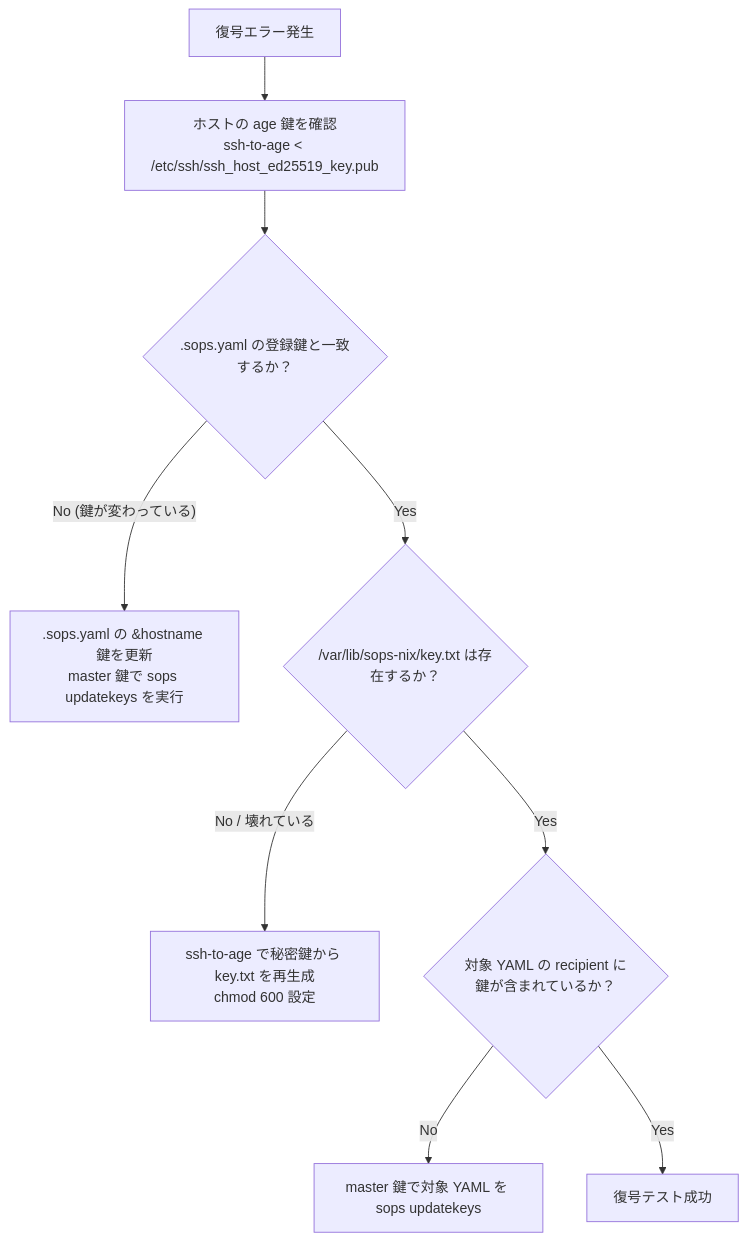
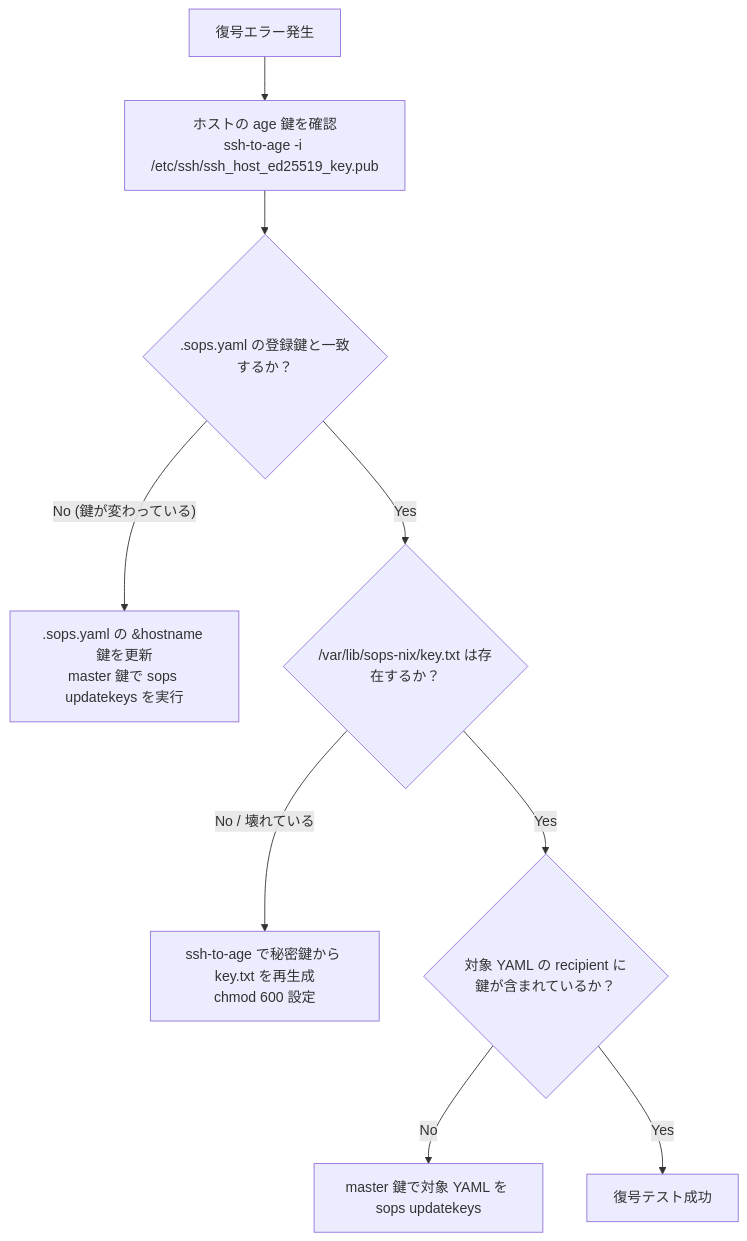
The diagram in docs/troubleshooting/secrets-and-auth.md (t3u-tsu/nix-config), drawn with Mermaid before and after one commit. The commit also changed 3 other files, not shown here.

Commit message:
docs: fix Mermaid syntax errors and escape labels for GitHub renderer

````diff
--- a/docs/troubleshooting/secrets-and-auth.md
+++ b/docs/troubleshooting/secrets-and-auth.md
@@ -22,11 +22,11 @@
 ```mermaid
 flowchart TD
-    Start["復号エラー発生"] --> Step1["ホストの age 鍵を確認<br>ssh-to-age < /etc/ssh/ssh_host_ed25519_key.pub"]
+    Start["復号エラー発生"] --> Step1["ホストの age 鍵を確認<br>ssh-to-age -i /etc/ssh/ssh_host_ed25519_key.pub"]
     Step1 --> Step2{".sops.yaml の登録鍵と一致するか？"}
-    Step2 -- "No (鍵が変わっている)" --> Fix1[".sops.yaml の &hostname 鍵を更新<br>master 鍵で sops updatekeys を実行"]
-    Step2 -- "Yes" --> Step3{"/var/lib/sops-nix/key.txt は存在するか？"}
-    Step3 -- "No / 壊れている" --> Fix2["ssh-to-age で秘密鍵から key.txt を再生成<br>chmod 600 設定"]
-    Step3 -- "Yes" --> Step4{"対象 YAML の recipient に鍵が含まれているか？"}
-    Step4 -- "No" --> Fix3["master 鍵で対象 YAML を sops updatekeys"]
-    Step4 -- "Yes" --> OK["復号テスト成功"]
+    Step2 -->|"No (鍵が変わっている)"| Fix1[".sops.yaml の &hostname 鍵を更新<br>master 鍵で sops updatekeys を実行"]
+    Step2 -->|"Yes"| Step3{"/var/lib/sops-nix/key.txt は存在するか？"}
+    Step3 -->|"No / 壊れている"| Fix2["ssh-to-age で秘密鍵から key.txt を再生成<br>chmod 600 設定"]
+    Step3 -->|"Yes"| Step4{"対象 YAML の recipient に鍵が含まれているか？"}
+    Step4 -->|"No"| Fix3["master 鍵で対象 YAML を sops updatekeys"]
+    Step4 -->|"Yes"| OK["復号テスト成功"]
 ```
````
